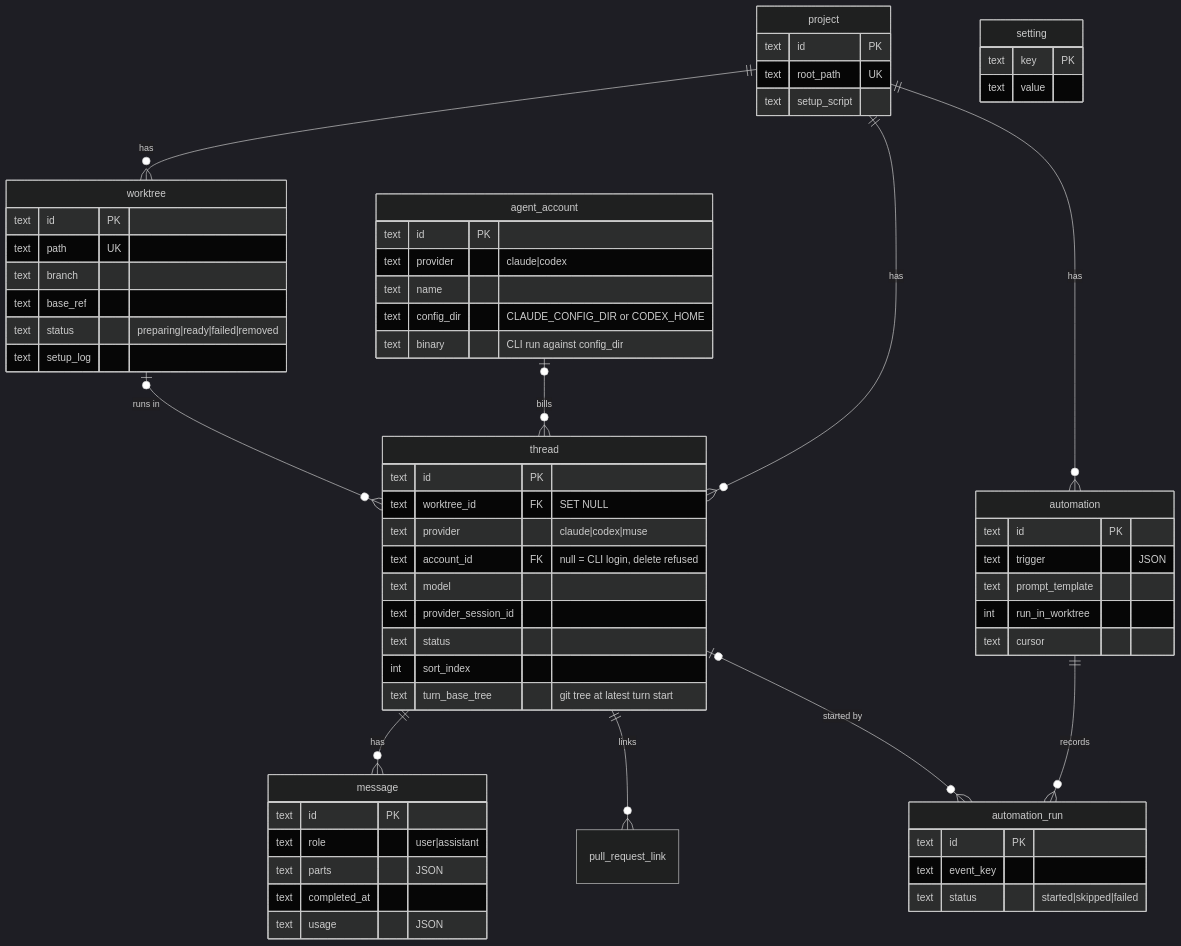
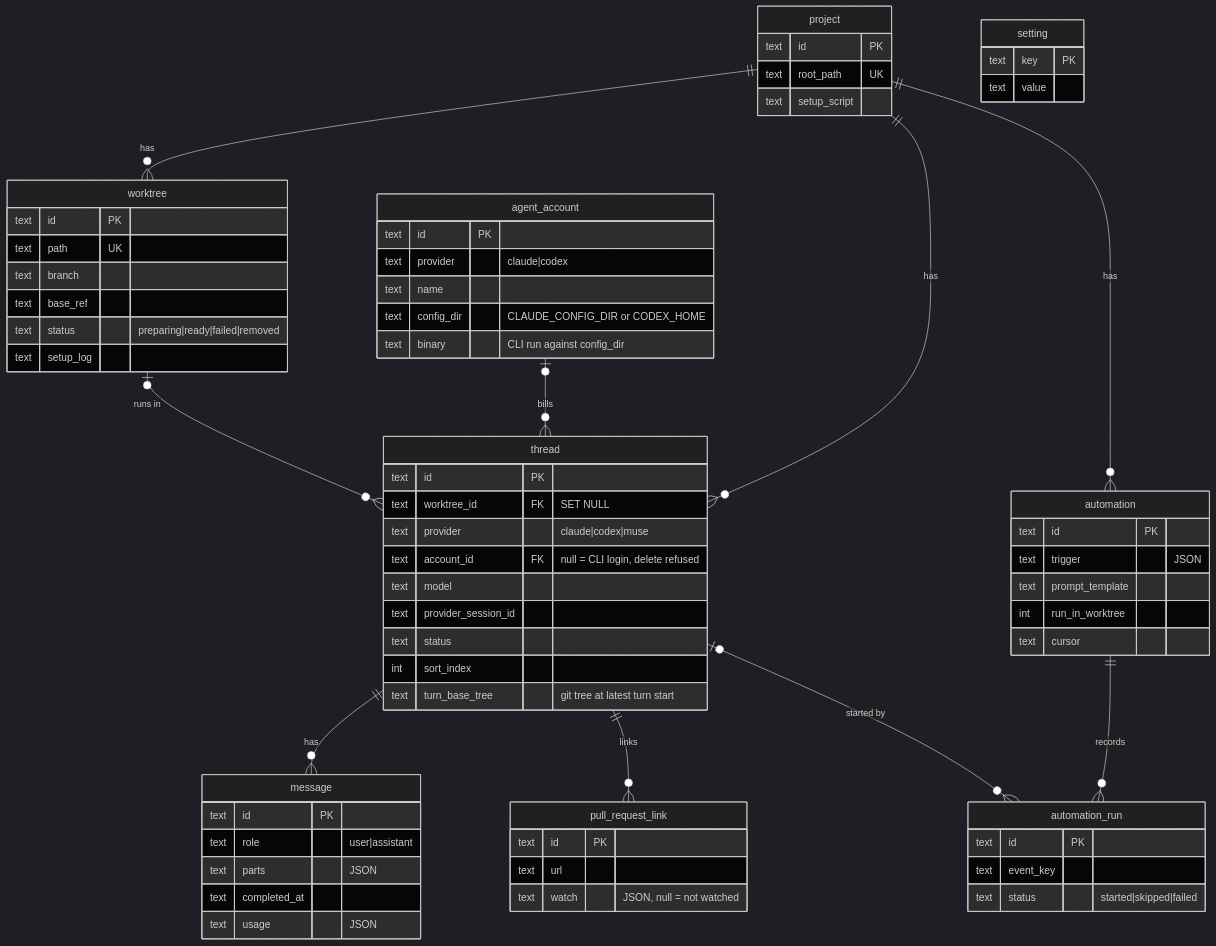
One commit to hinadev-ai/hinacode changed diagram 11 of 16 in docs/arch.md. Above: the diagram before and after it, drawn with Mermaid (dark theme). The commit also changed other lines of this file and 24 other files, not shown here.

````diff
--- a/docs/arch.md
+++ b/docs/arch.md
@@ -307,67 +307,72 @@
 ```mermaid
 erDiagram
   project ||--o{ worktree : has
   project ||--o{ thread : has
   project ||--o{ automation : has
   worktree |o--o{ thread : "runs in"
   thread ||--o{ message : has
   thread ||--o{ pull_request_link : links
   automation ||--o{ automation_run : records
   thread |o--o{ automation_run : "started by"
   agent_account |o--o{ thread : "bills"
 
   project {
     text id PK
     text root_path UK
     text setup_script
   }
   worktree {
     text id PK
     text path UK
     text branch
     text base_ref
     text status "preparing|ready|failed|removed"
     text setup_log
   }
   thread {
     text id PK
     text worktree_id FK "SET NULL"
     text provider "claude|codex|muse"
     text account_id FK "null = CLI login, delete refused"
     text model
     text provider_session_id
     text status
     int sort_index
     text turn_base_tree "git tree at latest turn start"
   }
   message {
     text id PK
     text role "user|assistant"
     text parts "JSON"
     text completed_at
     text usage "JSON"
   }
   automation {
     text id PK
     text trigger "JSON"
     text prompt_template
     int run_in_worktree
     text cursor
   }
+  pull_request_link {
+    text id PK
+    text url
+    text watch "JSON, null = not watched"
+  }
   automation_run {
     text id PK
     text event_key
     text status "started|skipped|failed"
   }
   setting {
     text key PK
     text value
   }
   agent_account {
     text id PK
     text provider "claude|codex"
     text name
     text config_dir "CLAUDE_CONFIG_DIR or CODEX_HOME"
     text binary "CLI run against config_dir"
   }
 ```
````
